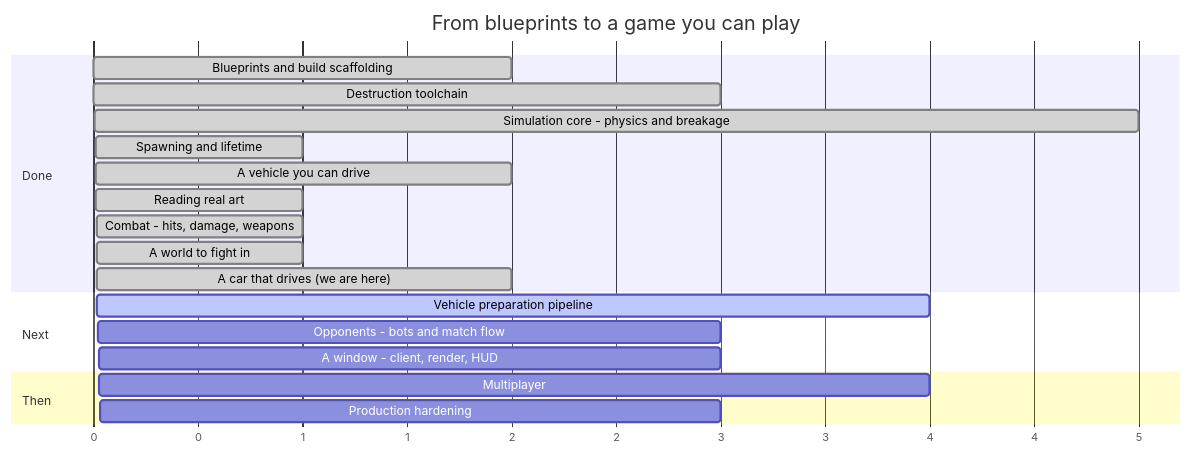
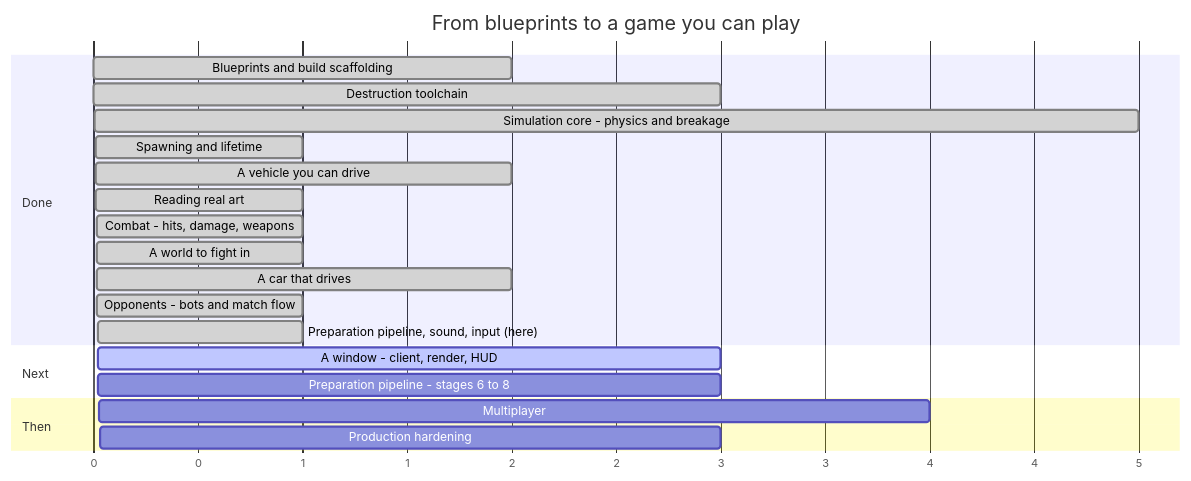
One commit to RobLobsta/Syndicate changed the diagram in ROADMAP.md. Above: the diagram before and after it, drawn with Mermaid. The commit also changed other lines of this file and 18 other files, not shown here.

````diff
--- a/ROADMAP.md
+++ b/ROADMAP.md
@@ -16,26 +16,27 @@
 ```mermaid
 gantt
     title From blueprints to a game you can play
     dateFormat X
     axisFormat %s
 
     section Done
     Blueprints and build scaffolding        :done, p0, 0, 2
     Destruction toolchain                   :done, p1, 2, 3
     Simulation core - physics and breakage   :done, p2, 5, 5
     Spawning and lifetime                   :done, p3, 10, 1
     A vehicle you can drive                 :done, p4, 11, 2
     Reading real art                        :done, p6a, 13, 1
     Combat - hits, damage, weapons          :done, p5, 14, 1
     A world to fight in                     :done, p6, 15, 1
-    A car that drives  (we are here)        :done, p6b, 16, 2
+    A car that drives                       :done, p6b, 16, 2
+    Opponents - bots and match flow         :done, p8, 18, 1
+    Preparation pipeline, sound, input (here):done, p6c, 19, 1
 
     section Next
-    Vehicle preparation pipeline            :active, p6c, 18, 4
-    Opponents - bots and match flow         :p8, 22, 3
-    A window - client, render, HUD          :p7, 25, 3
+    A window - client, render, HUD          :active, p7, 20, 3
+    Preparation pipeline - stages 6 to 8    :p6d, 23, 3
 
     section Then
-    Multiplayer                             :p9, 28, 4
-    Production hardening                    :p10, 32, 3
+    Multiplayer                             :p9, 26, 4
+    Production hardening                    :p10, 30, 3
 ```
````
